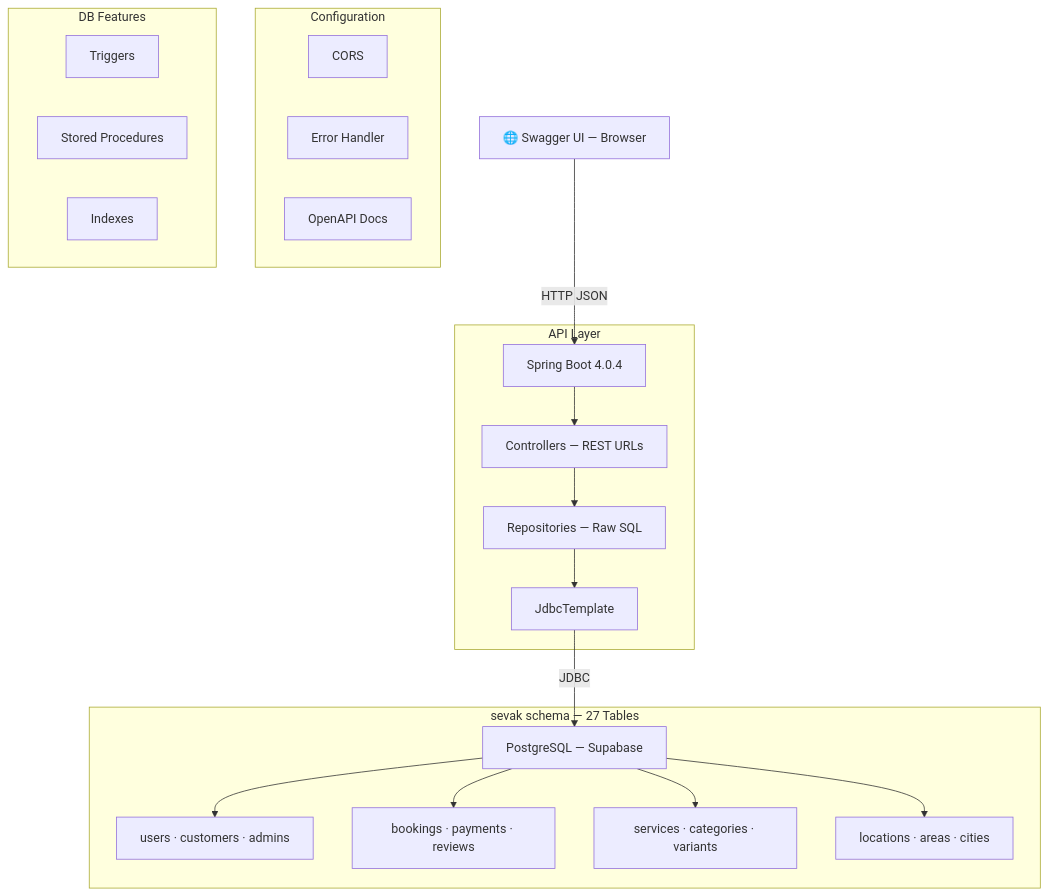
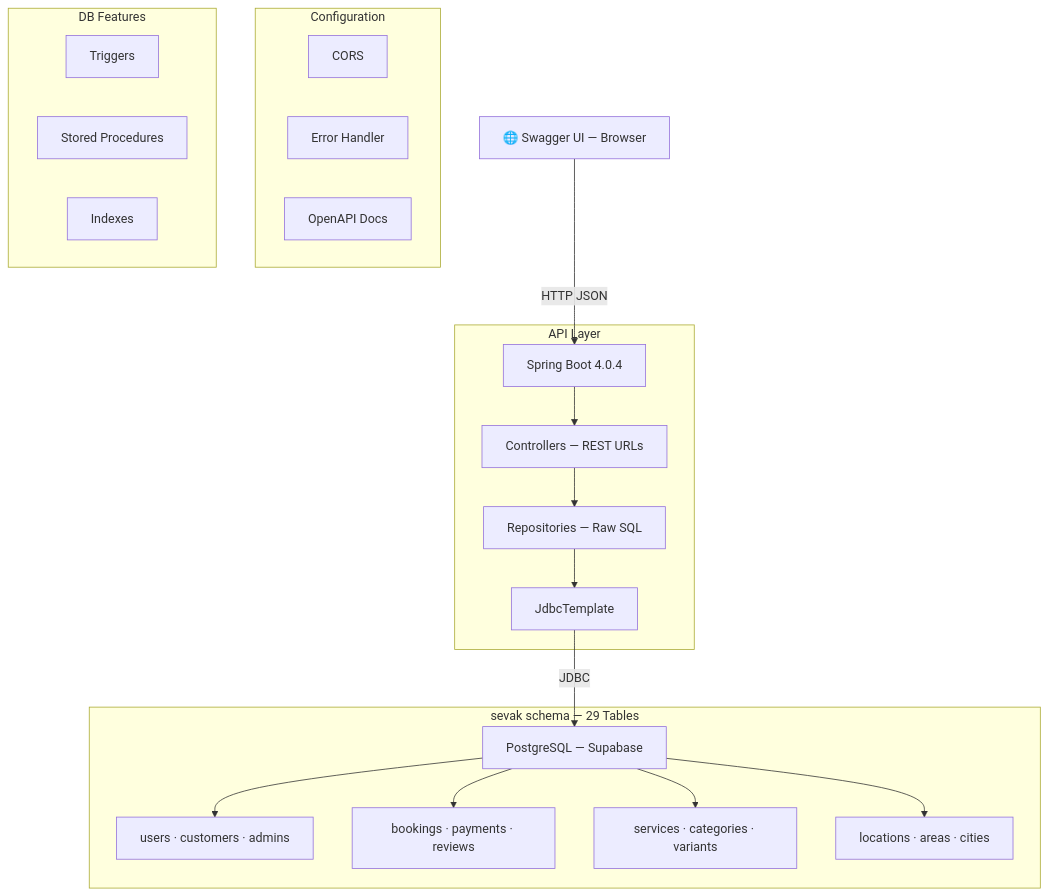
One commit to madhavthesiya/sevak changed the diagram in README.md. Above: the diagram before and after it, drawn with Mermaid. The commit also changed other lines of this file and 2 other files, not shown here.

````diff
--- a/README.md
+++ b/README.md
@@ -41,31 +43,31 @@
 ```mermaid
 graph TD
     A["🌐 Swagger UI — Browser"] -->|HTTP JSON| B["Spring Boot 4.0.4"]
 
     subgraph API["API Layer"]
         B --> C["Controllers — REST URLs"]
         C --> D["Repositories — Raw SQL"]
         D --> E["JdbcTemplate"]
     end
 
     subgraph Config["Configuration"]
         F["CORS"]
         G["Error Handler"]
         H["OpenAPI Docs"]
     end
 
     E -->|JDBC| I["PostgreSQL — Supabase"]
 
-    subgraph DB["sevak schema — 27 Tables"]
+    subgraph DB["sevak schema — 29 Tables"]
         I --> J["users · customers · admins"]
         I --> K["bookings · payments · reviews"]
         I --> L["services · categories · variants"]
         I --> M["locations · areas · cities"]
     end
 
     subgraph DBFeatures["DB Features"]
         N["Triggers"]
         O["Stored Procedures"]
         P["Indexes"]
     end
 ```
````
